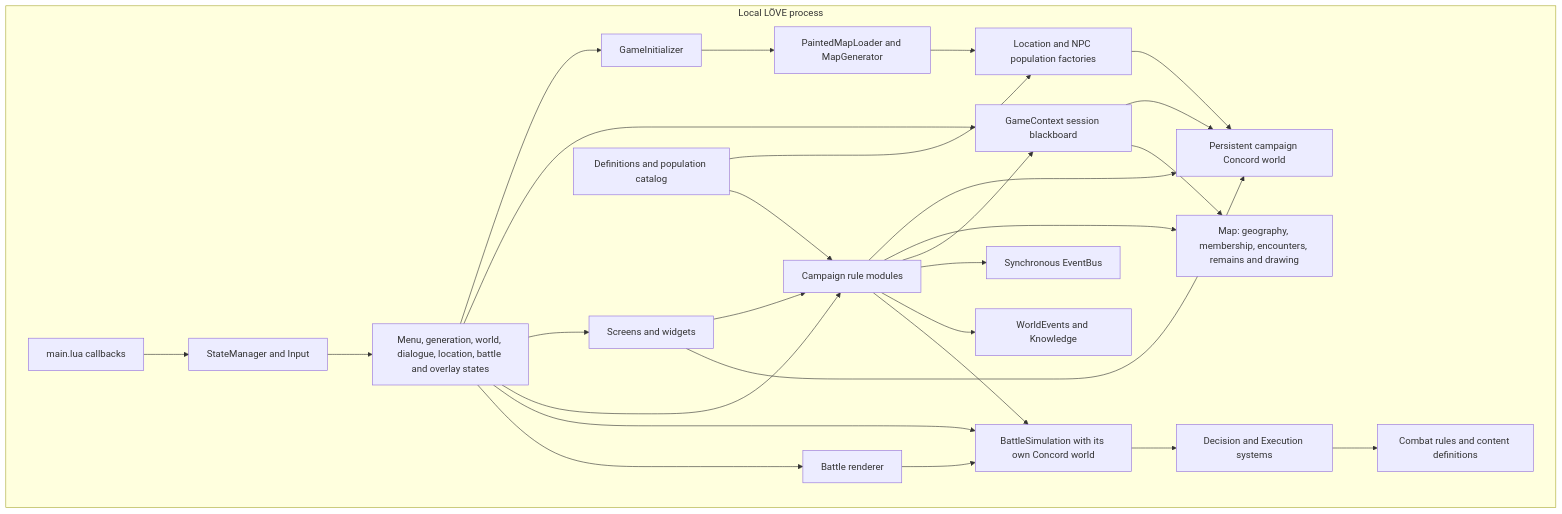
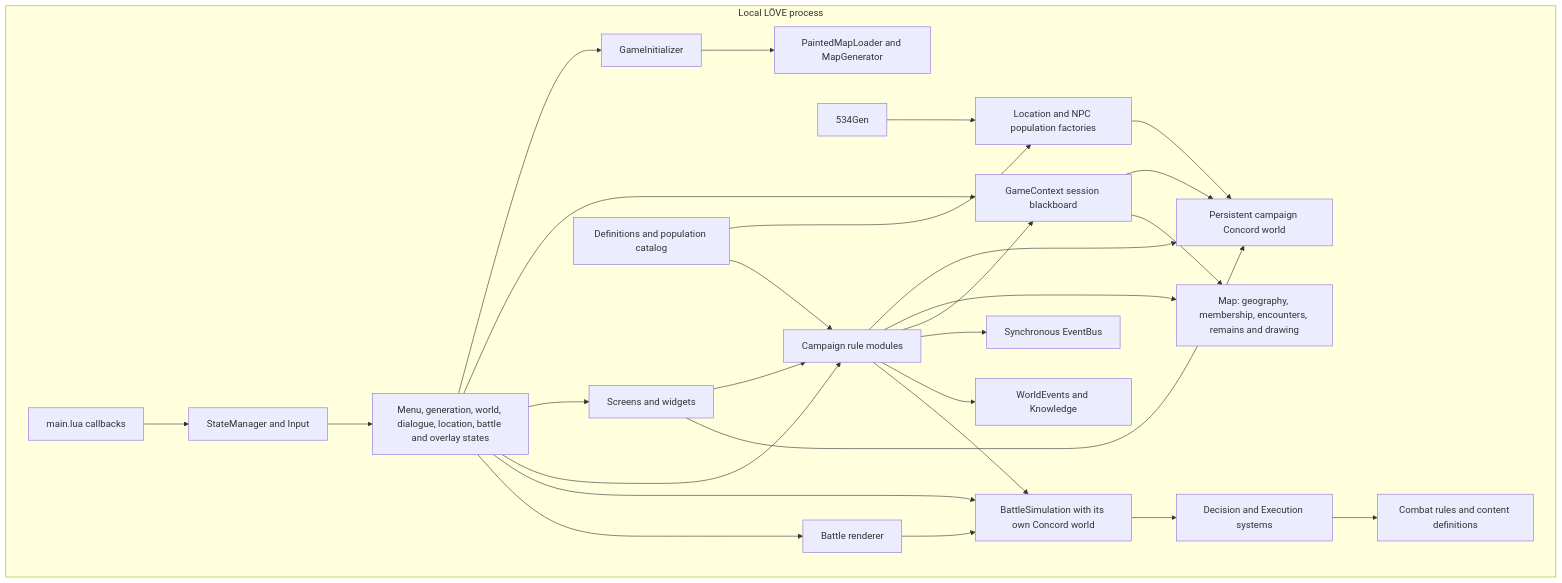
The first of 3 diagrams in docs/ARCHITECTURAL_ASSESSMENT.md (zitherssd/Realm-of-Geherra), drawn with Mermaid before and after one commit. The commit also changed other lines of this file and 227 other files, not shown here.

````diff
--- a/docs/ARCHITECTURAL_ASSESSMENT.md
+++ b/docs/ARCHITECTURAL_ASSESSMENT.md
@@ -30,31 +29,31 @@
 ```mermaid
 flowchart TD
   subgraph Local[Local LÖVE process]
     Entry[main.lua callbacks] --> SM[StateManager and Input]
     SM --> States[Menu, generation, world, dialogue, location, battle and overlay states]
-    Init[GameInitializer] --> Gen[PaintedMapLoader and MapGenerator]
-    Gen --> Pop[Location and NPC population factories]
+   Init[GameInitializer] --> Gen[PaintedMapLoader and MapGenerator]
+  534Gen --> Pop[Location and NPC population factories]
     States --> Init
     Pop --> ECS[Persistent campaign Concord world]
     States --> GC[GameContext session blackboard]
     GC --> ECS
     GC --> Map[Map: geography, membership, encounters, remains and drawing]
     States --> UI[Screens and widgets]
     States --> Campaign[Campaign rule modules]
     UI --> Campaign
     UI --> ECS
     Campaign --> ECS
     Campaign --> Map
     Campaign --> GC
     Campaign --> Bus[Synchronous EventBus]
     Campaign --> History[WorldEvents and Knowledge]
     Campaign --> Battle[BattleSimulation with its own Concord world]
     States --> Battle
     Battle --> Decisions[Decision and Execution systems]
     Decisions --> Rules[Combat rules and content definitions]
     States --> Render[Battle renderer]
     Render --> Battle
     Data[Definitions and population catalog] --> Pop
     Data --> Campaign
   end
 ```
````
